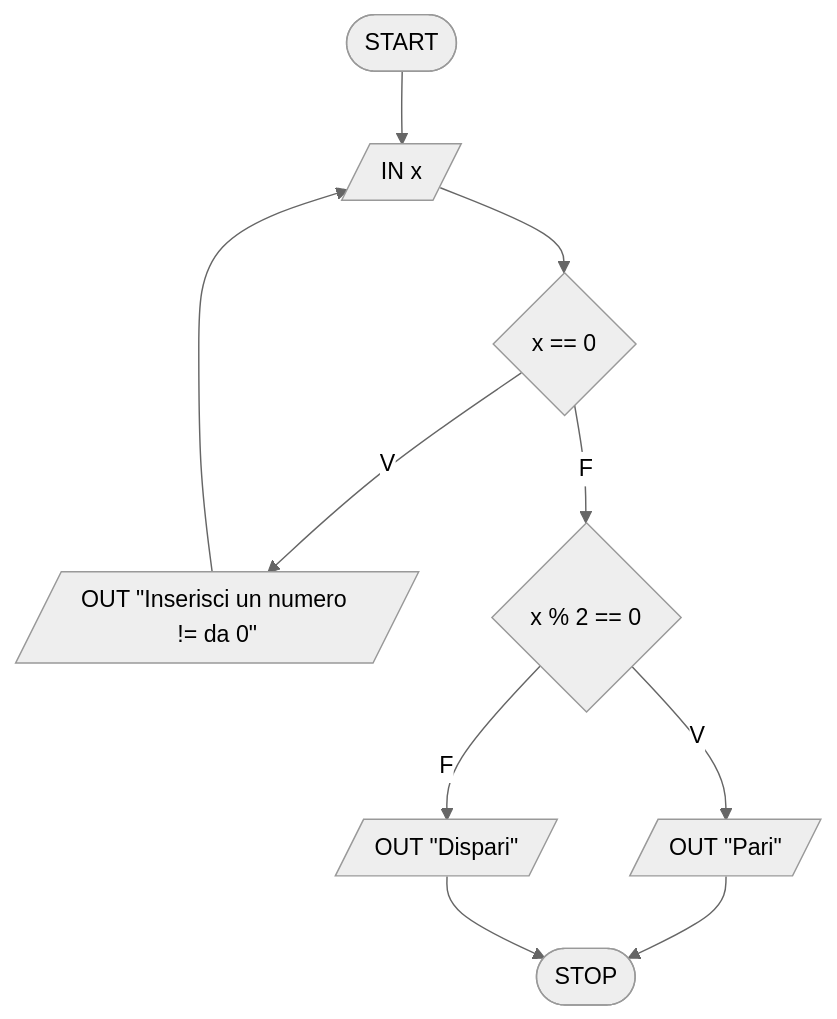
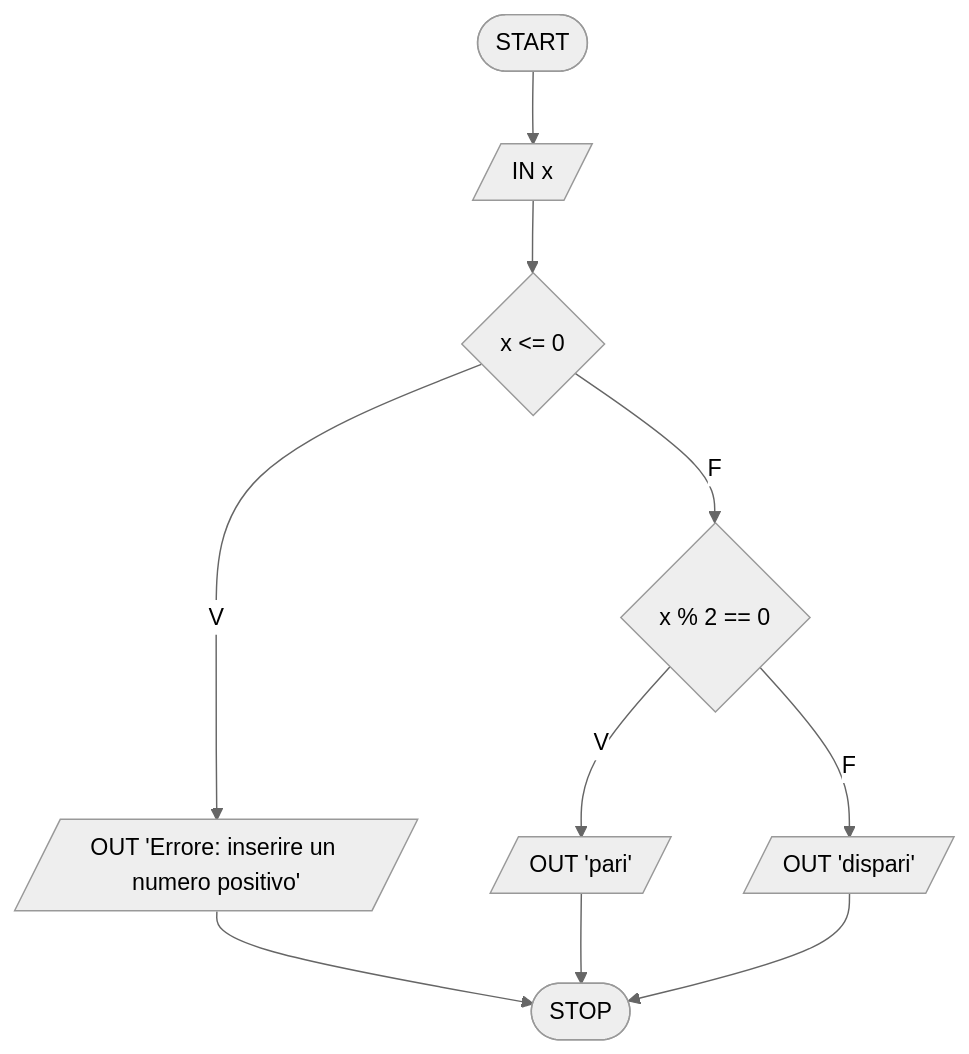
Before and after one commit to pg-laboratorio/flowcharts_laboratorio_esercizi: the seventh of 28 diagrams in flowcharts_soluzioni.md, drawn with Mermaid (neutral theme). The commit also changed other lines of this file, not shown here.

````diff
--- a/flowcharts_soluzioni.md
+++ b/flowcharts_soluzioni.md
@@ -128,13 +141,12 @@
 ```mermaid
 graph TD
-    START([START]) --> INPUT[/IN x/]
-    INPUT --> CHK{"x == 0"}
-    CHK -- V --> ERR[/OUT "Inserisci un numero != da 0"/]
-    ERR --> INPUT
+    START([START]) --> INPUT[/"IN x"/]
+    INPUT --> CHK{"x <= 0"}
+    CHK -- V --> ERR[/"OUT 'Errore: inserire un numero positivo'"/]
     CHK -- F --> COND{"x % 2 == 0"}
-    COND -- V --> PARI[/OUT "Pari"/]
-    COND -- F --> DISPARI[/OUT "Dispari"/]
-    PARI --> STOP([STOP])
+    COND -- V --> PARI[/"OUT 'pari'"/]
+    COND -- F --> DISPARI[/"OUT 'dispari'"/]
+    ERR --> STOP([STOP])
+    PARI --> STOP
     DISPARI --> STOP
-
 ```
````
